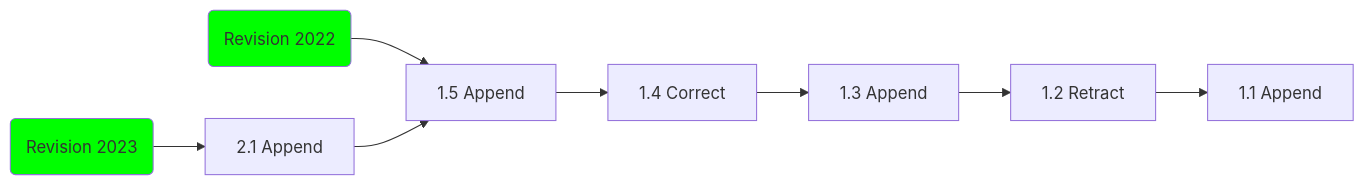
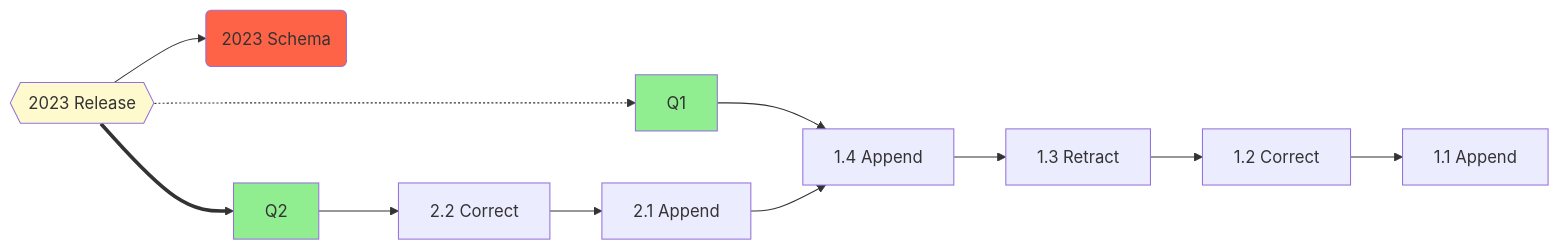
One commit to Swirrl/datahost-prototypes changed the third of 5 diagrams in datahost-ld-openapi/doc/data-model-definitions.md. Above: the diagram before and after it, drawn with Mermaid. The commit also changed other lines of this file, not shown here.

````diff
--- a/datahost-ld-openapi/doc/data-model-definitions.md
+++ b/datahost-ld-openapi/doc/data-model-definitions.md
@@ -196,7 +82,15 @@
 ```mermaid
 flowchart LR
-   R1(Revision 2022) --> 1.5["1.5 Append"] --> 1.4["1.4 Correct"] --> 1.3["1.3 Append"] --> 1.2["1.2 Retract"] --> 1.1["1.1 Append"]
-   R2(Revision 2023) --> 2.1["2.1 Append"] --> 1.5
-   style R1 fill:#0f0
-   style R2 fill:#0f0
+
+   Release2023{{"2023 Release"}} -.-> R1
+   Release2023 --> Schema2023
+   Release2023 ==> R2
+   Schema2023("2023 Schema")
+
+   R1["Q1"] --> 1.4["1.4 Append"] --> 1.3["1.3 Retract"] --> 1.2["1.2 Correct"] --> 1.1["1.1 Append"]
+   R2["Q2"] --> 2.2["2.2 Correct"] --> 2.1["2.1 Append"] --> 1.4
+   style R1 fill:lightgreen
+   style R2 fill:lightgreen
+   style Release2023 fill:lemonchiffon
+   style Schema2023 fill:tomato
 ```
````
